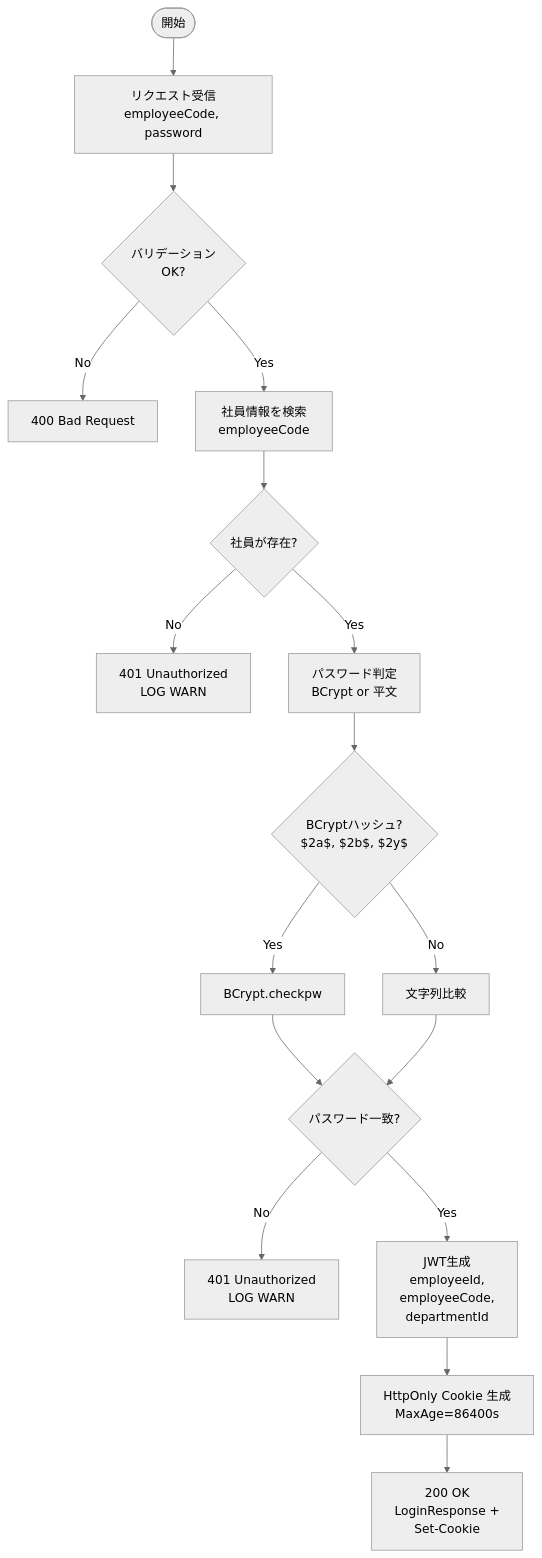
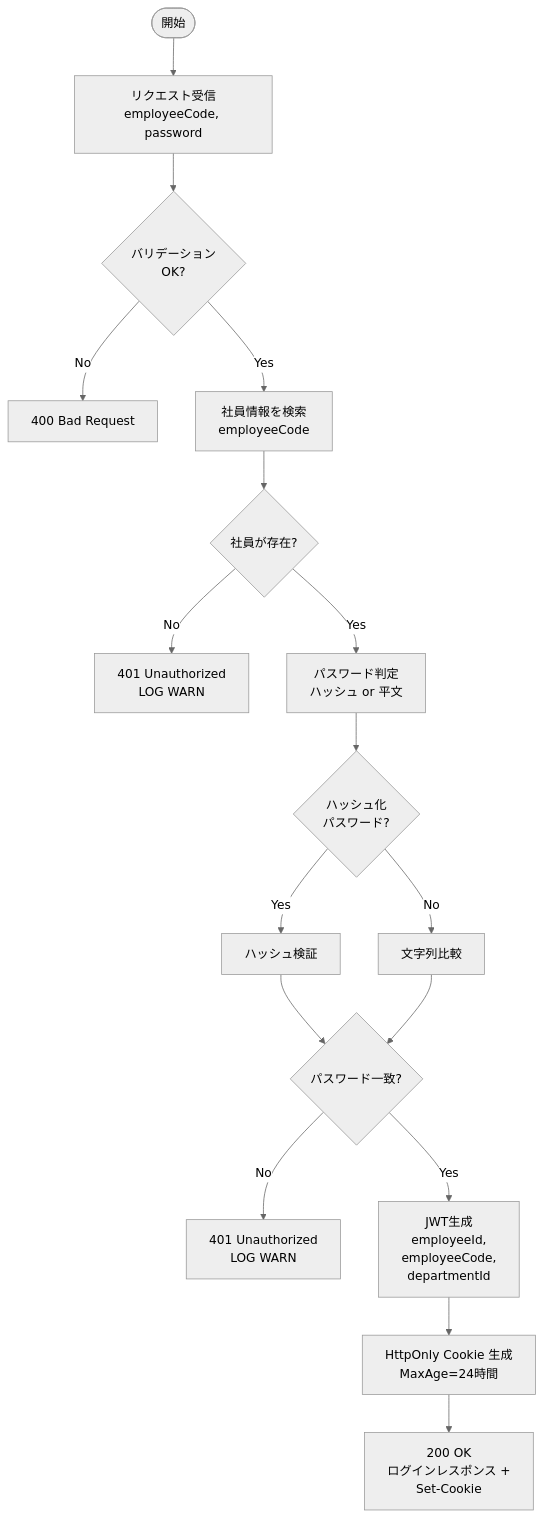
Before and after one commit to KenyaSaitoh/ai_driven_dev_202601: the sixth of 12 diagrams in projects/sdd/bookstore/back-office-api-sdd/specs/baseline/api/API_001_auth/functional_design.md, drawn with Mermaid (neutral theme). The commit also changed other lines of this file and 52 other files, not shown here.

````diff
--- a/projects/sdd/bookstore/back-office-api-sdd/specs/baseline/api/API_001_auth/functional_design.md
+++ b/projects/sdd/bookstore/back-office-api-sdd/specs/baseline/api/API_001_auth/functional_design.md
@@ -525,19 +463,19 @@
 ```mermaid
 flowchart TD
     Start([開始]) --> Receive[リクエスト受信<br/>employeeCode, password]
     Receive --> Validate{バリデーション<br/>OK?}
     Validate -->|No| BadRequest[400 Bad Request]
     Validate -->|Yes| FindEmployee[社員情報を検索<br/>employeeCode]
     FindEmployee --> Exists{社員が存在?}
     Exists -->|No| Unauthorized1[401 Unauthorized<br/>LOG WARN]
-    Exists -->|Yes| CheckPassword[パスワード判定<br/>BCrypt or 平文]
-    CheckPassword --> IsBCrypt{BCryptハッシュ?<br/>$2a$, $2b$, $2y$}
-    IsBCrypt -->|Yes| BCryptCheck[BCrypt.checkpw]
-    IsBCrypt -->|No| PlainCheck[文字列比較]
-    BCryptCheck --> PasswordMatch{パスワード一致?}
+    Exists -->|Yes| CheckPassword[パスワード判定<br/>ハッシュ or 平文]
+    CheckPassword --> IsHash{ハッシュ化<br/>パスワード?}
+    IsHash -->|Yes| HashCheck[ハッシュ検証]
+    IsHash -->|No| PlainCheck[文字列比較]
+    HashCheck --> PasswordMatch{パスワード一致?}
     PlainCheck --> PasswordMatch
     PasswordMatch -->|No| Unauthorized2[401 Unauthorized<br/>LOG WARN]
     PasswordMatch -->|Yes| GenerateJWT[JWT生成<br/>employeeId,<br/>employeeCode,<br/>departmentId]
-    GenerateJWT --> CreateCookie[HttpOnly Cookie 生成<br/>MaxAge=86400s]
-    CreateCookie --> Success[200 OK<br/>LoginResponse +<br/>Set-Cookie]
+    GenerateJWT --> CreateCookie[HttpOnly Cookie 生成<br/>MaxAge=24時間]
+    CreateCookie --> Success[200 OK<br/>ログインレスポンス +<br/>Set-Cookie]
 ```
````
